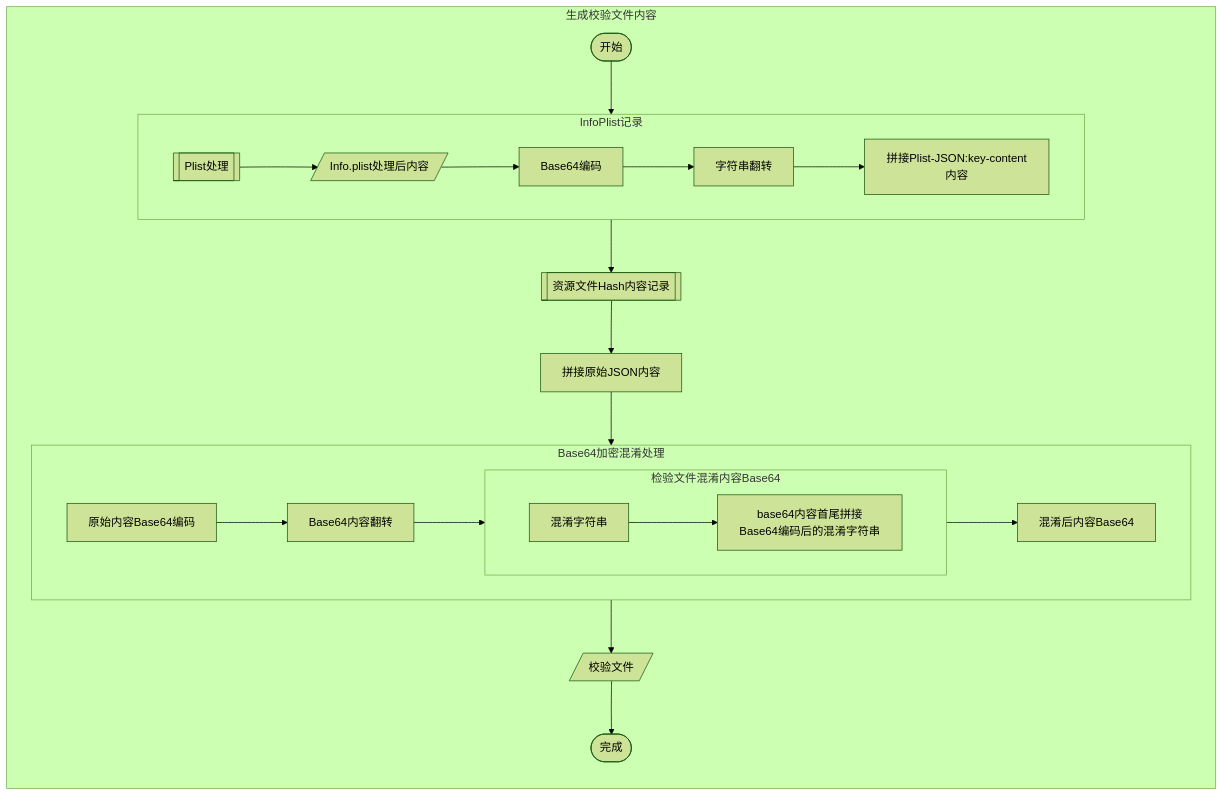
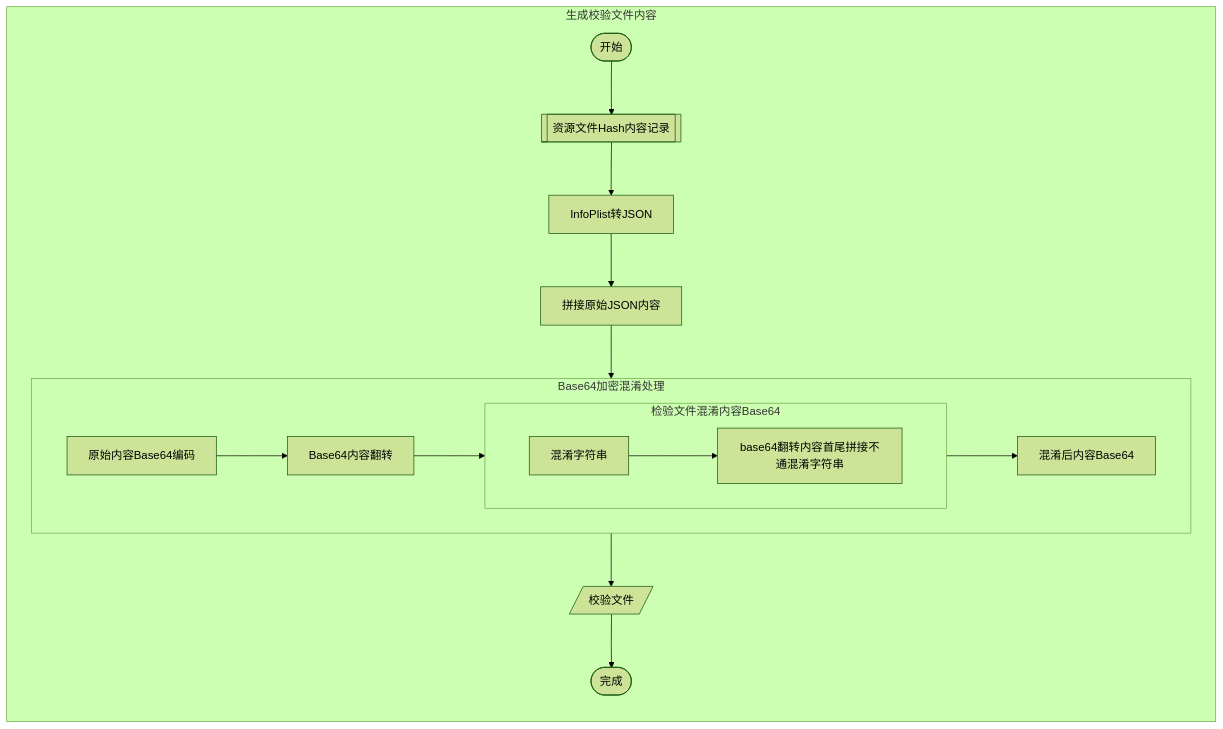
The fifth of 5 diagrams in JGSourceBase/JGSIntegrityCheck/README.md (Dengni8023/JGSourceBase), drawn with Mermaid (forest theme) before and after one commit. The commit also changed other lines of this file and 16 other files, not shown here.

````diff
--- a/JGSourceBase/JGSIntegrityCheck/README.md
+++ b/JGSourceBase/JGSIntegrityCheck/README.md
@@ -400,21 +270,17 @@
 ```mermaid
 flowchart LR
 	subgraph RecordFilesContent[生成校验文件内容]
 
-	subgraph RecordInfoPlist[InfoPlist记录]
-		plistHandle[[Plist处理]] --> plistHandleResult[/Info.plist处理后内容/] --> plistBase64[Base64编码] --> plistBase64Reversed[字符串翻转] --> splitPlistKeyVale[拼接Plist-JSON:key-content内容]
-	end
-	
 	subgraph RecordContentSaltEnc[检验文件混淆内容Base64]
-		base64SaltBase64[混淆字符串] --> splitSaltToBase64Content[base64内容首尾拼接Base64编码后的混淆字符串]
+		base64SaltBase64[混淆字符串] --> splitSaltToBase64Content[base64翻转内容首尾拼接不通混淆字符串]
 	end
 	
 	subgraph RecordContentEnc[Base64加密混淆处理]
 		originContentBase64[原始内容Base64编码] --> base64Reversed[Base64内容翻转] --> RecordContentSaltEnc --> contentWithSaltBase64[混淆后内容Base64]
 	end
 	
-	start([开始]) --> RecordInfoPlist --> recordFileHashContent[[资源文件Hash内容记录]] --> splitOriginContent[拼接原始JSON内容] --> RecordContentEnc --> writeRecordFile[/校验文件/] --> stop([完成])
+	start([开始]) --> recordFileHashContent[[资源文件Hash内容记录]] --> RecordInfoPlist[InfoPlist转JSON] --> splitOriginContent[拼接原始JSON内容] --> RecordContentEnc --> writeRecordFile[/校验文件/] --> stop([完成])
 	
 	end
 	
 ```
````
